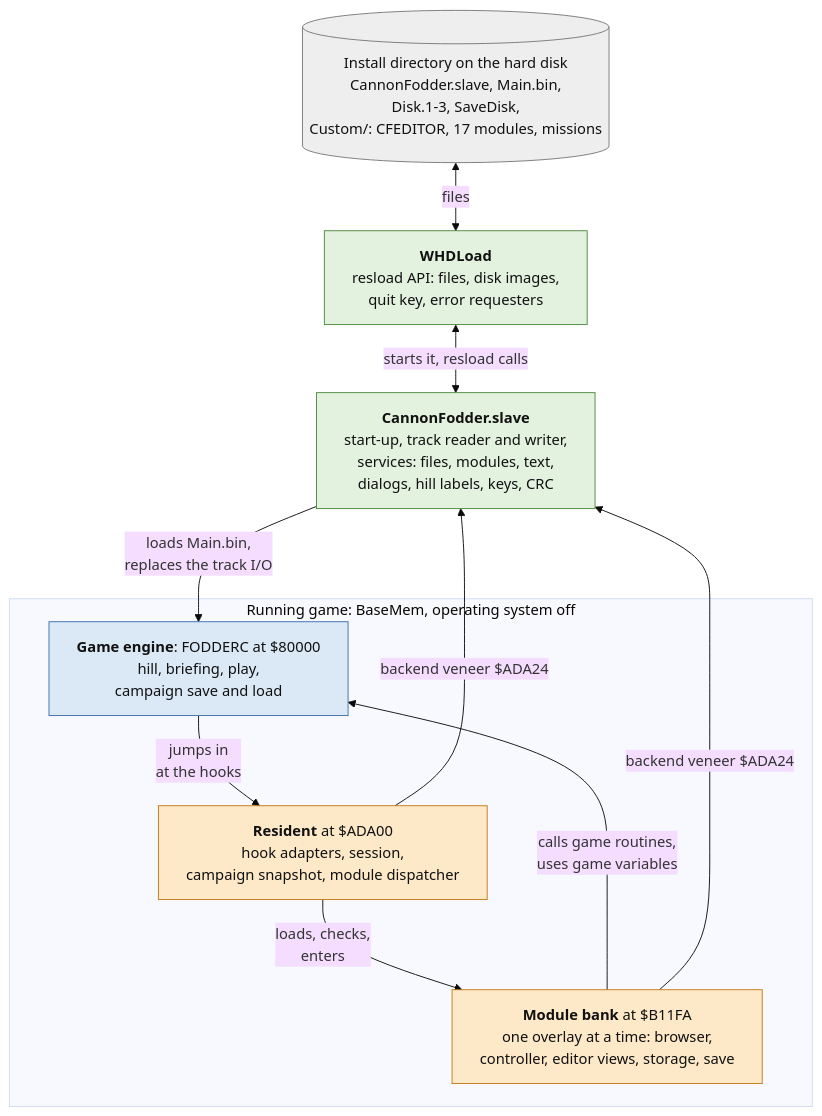
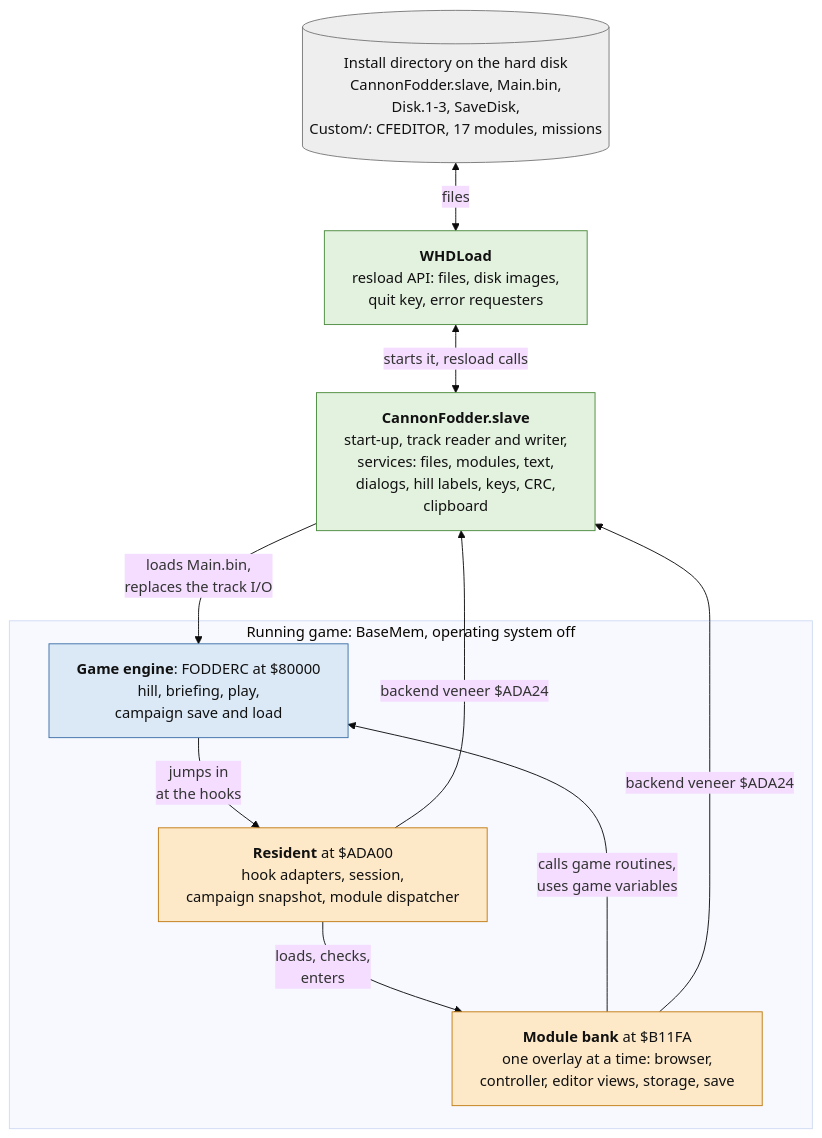
The first of 6 diagrams in docs/architecture.md (timoheimonen/amiga-cannon-fodder-editor), drawn with Mermaid (base theme) before and after one commit. The commit also changed other lines of this file and 226 other files, not shown here.

````diff
--- a/docs/architecture.md
+++ b/docs/architecture.md
@@ -48,31 +48,31 @@
 ```mermaid
 %%{init: {"flowchart": {"wrappingWidth": 400}}}%%
 flowchart TB
     disk[("Install directory on the hard disk<br/>CannonFodder.slave, Main.bin,<br/>Disk.1-3, SaveDisk,<br/>Custom/: CFEDITOR, 17 modules, missions")]
     whd["<b>WHDLoad</b><br/>resload API: files, disk images,<br/>quit key, error requesters"]
-    slave["<b>CannonFodder.slave</b><br/>start-up, track reader and writer,<br/>services: files, modules, text,<br/>dialogs, hill labels, keys, CRC"]
+    slave["<b>CannonFodder.slave</b><br/>start-up, track reader and writer,<br/>services: files, modules, text,<br/>dialogs, hill labels, keys, CRC,<br/>clipboard"]
 
     subgraph RUN["Running game: BaseMem, operating system off"]
         game["<b>Game engine</b>: FODDERC at $80000<br/>hill, briefing, play,<br/>campaign save and load"]
         resident["<b>Resident</b> at $ADA00<br/>hook adapters, session,<br/>campaign snapshot, module dispatcher"]
         modules["<b>Module bank</b> at $B11FA<br/>one overlay at a time: browser,<br/>controller, editor views, storage, save"]
     end
 
     disk <-->|"files"| whd
     whd <-->|"starts it, resload calls"| slave
     slave -->|"loads Main.bin,<br/>replaces the track I/O"| game
     game -->|"jumps in<br/>at the hooks"| resident
     resident -->|"loads, checks,<br/>enters"| modules
     modules -->|"calls game routines,<br/>uses game variables"| game
     resident -->|"backend veneer $ADA24"| slave
     modules -->|"backend veneer $ADA24"| slave
 
     classDef game fill:#dbe9f6,stroke:#3b6ea5,color:#111
     classDef editor fill:#fde8c8,stroke:#c07a12,color:#111
     classDef slave fill:#e3f1df,stroke:#4a8a3c,color:#111
     classDef file fill:#eeeeee,stroke:#777777,color:#111
     class game game
     class resident,modules editor
     class slave,whd slave
     class disk file
 ```
````
